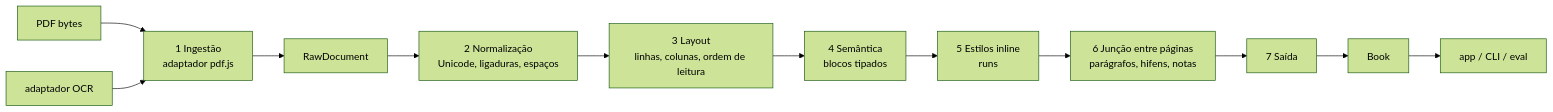
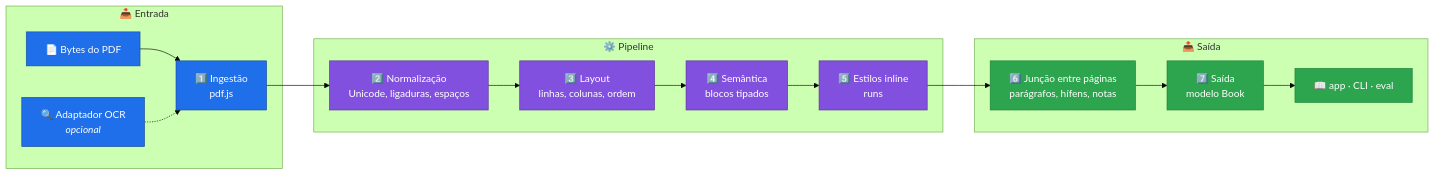
One commit to Rennan-aex/PagePace changed the diagram in README.pt-BR.md. Above: the diagram before and after it, drawn with Mermaid (forest theme). The commit also changed other lines of this file and 4 other files, not shown here.

````diff
--- a/README.pt-BR.md
+++ b/README.pt-BR.md
@@ -41,14 +65,32 @@
 ```mermaid
 flowchart LR
-    PDF[PDF bytes] --> I[1 Ingestão<br/>adaptador pdf.js]
-    OCR[adaptador OCR] --> I
-    I --> R[RawDocument]
-    R --> N[2 Normalização<br/>Unicode, ligaduras, espaços]
-    N --> L[3 Layout<br/>linhas, colunas, ordem de leitura]
-    L --> S[4 Semântica<br/>blocos tipados]
-    S --> Y[5 Estilos inline<br/>runs]
-    Y --> J[6 Junção entre páginas<br/>parágrafos, hifens, notas]
-    J --> O[7 Saída]
-    O --> B[Book]
-    B --> C[app / CLI / eval]
+    subgraph ENTRADA["📥 Entrada"]
+        PDF["📄 Bytes do PDF"]
+        OCR["🔍 Adaptador OCR<br/><i>opcional</i>"]
+        ING["1️⃣ Ingestão<br/>pdf.js"]
+    end
+
+    subgraph PIPELINE["⚙️ Pipeline"]
+        NRM["2️⃣ Normalização<br/>Unicode, ligaduras, espaços"]
+        LAY["3️⃣ Layout<br/>linhas, colunas, ordem"]
+        SEM["4️⃣ Semântica<br/>blocos tipados"]
+        STY["5️⃣ Estilos inline<br/>runs"]
+    end
+
+    subgraph SAIDA["📤 Saída"]
+        JOIN["6️⃣ Junção entre páginas<br/>parágrafos, hífens, notas"]
+        OUT["7️⃣ Saída<br/>modelo Book"]
+        READ["📖 app · CLI · eval"]
+    end
+
+    PDF --> ING
+    OCR -.-> ING
+    ING --> NRM --> LAY --> SEM --> STY --> JOIN --> OUT --> READ
+
+    classDef entrada fill:#1f6feb,color:#fff,stroke:#164a9c
+    classDef pipeline fill:#8250df,color:#fff,stroke:#5a2ca0
+    classDef saida fill:#2da44e,color:#fff,stroke:#1a7f37
+    class PDF,OCR,ING entrada
+    class NRM,LAY,SEM,STY pipeline
+    class JOIN,OUT,READ saida
 ```
````
